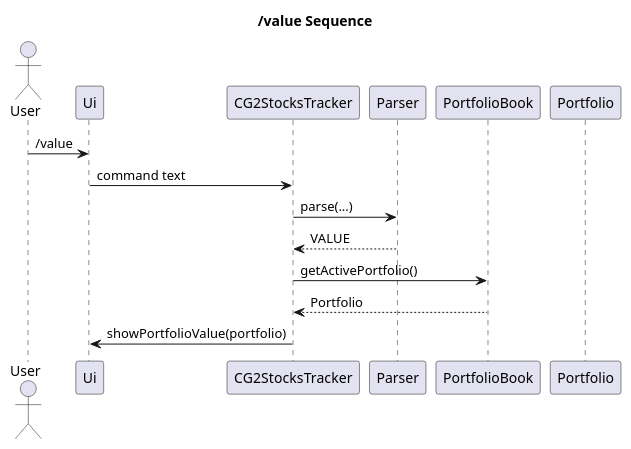
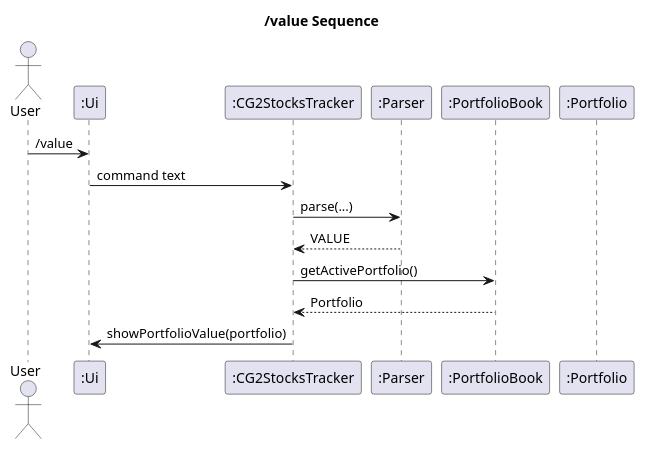
The diagram in docs/diagrams/UML/value-command-sequence.puml (zenweilow/tp), drawn with PlantUML before and after one commit. The commit also changed 26 other files, not shown here.

Commit message:
Fix colon in sequence diagrams, C in class diagrams

```diff
--- a/docs/diagrams/UML/value-command-sequence.puml
+++ b/docs/diagrams/UML/value-command-sequence.puml
@@ -2,18 +2,17 @@
 @startuml
 title /value Sequence
 
 actor User
-participant Ui
-participant CG2StocksTracker
-participant Parser
-participant PortfolioBook
-participant Portfolio
-
+participant ":Ui" as Ui
+participant ":CG2StocksTracker" as CG2StocksTracker
+participant ":Parser" as Parser
+participant ":PortfolioBook" as PortfolioBook
+participant ":Portfolio" as Portfolio
 User -> Ui : /value
 Ui -> CG2StocksTracker : command text
 CG2StocksTracker -> Parser : parse(...)
 Parser --> CG2StocksTracker : VALUE
 CG2StocksTracker -> PortfolioBook : getActivePortfolio()
 PortfolioBook --> CG2StocksTracker : Portfolio
 CG2StocksTracker -> Ui : showPortfolioValue(portfolio)
 @enduml
```
